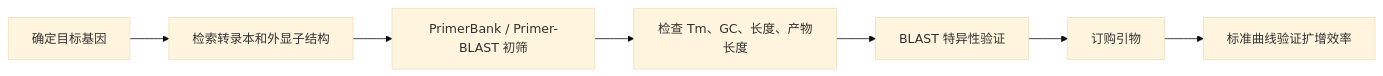
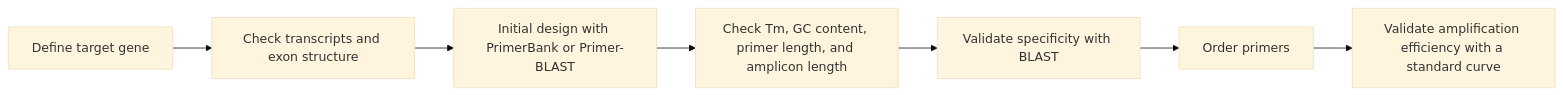
The diagram in docs/01-primer-design.md (Echo-nannan/rt-qpcr-protocol-guide), drawn with Mermaid (base theme) before and after one commit. The commit also changed other lines of this file and 26 other files, not shown here.

````diff
--- a/docs/01-primer-design.md
+++ b/docs/01-primer-design.md
@@ -9,9 +9,9 @@
 ```mermaid
 flowchart LR
-    A["确定目标基因"] --> B["检索转录本和外显子结构"]
-    B --> C["PrimerBank / Primer-BLAST 初筛"]
-    C --> D["检查 Tm、GC、长度、产物长度"]
-    D --> E["BLAST 特异性验证"]
-    E --> F["订购引物"]
-    F --> G["标准曲线验证扩增效率"]
+    A["Define target gene"] --> B["Check transcripts and exon structure"]
+    B --> C["Initial design with PrimerBank or Primer-BLAST"]
+    C --> D["Check Tm, GC content, primer length, and amplicon length"]
+    D --> E["Validate specificity with BLAST"]
+    E --> F["Order primers"]
+    F --> G["Validate amplification efficiency with a standard curve"]
 ```
````
